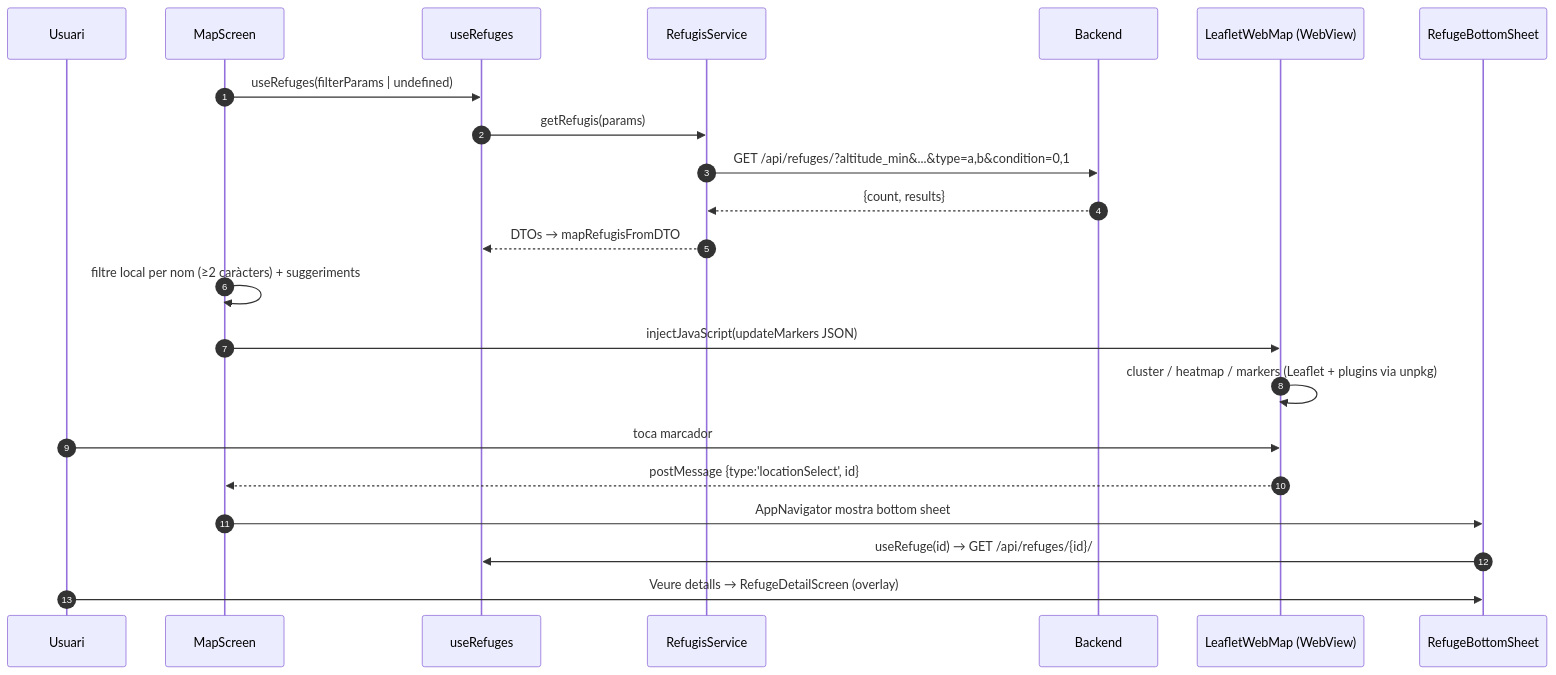
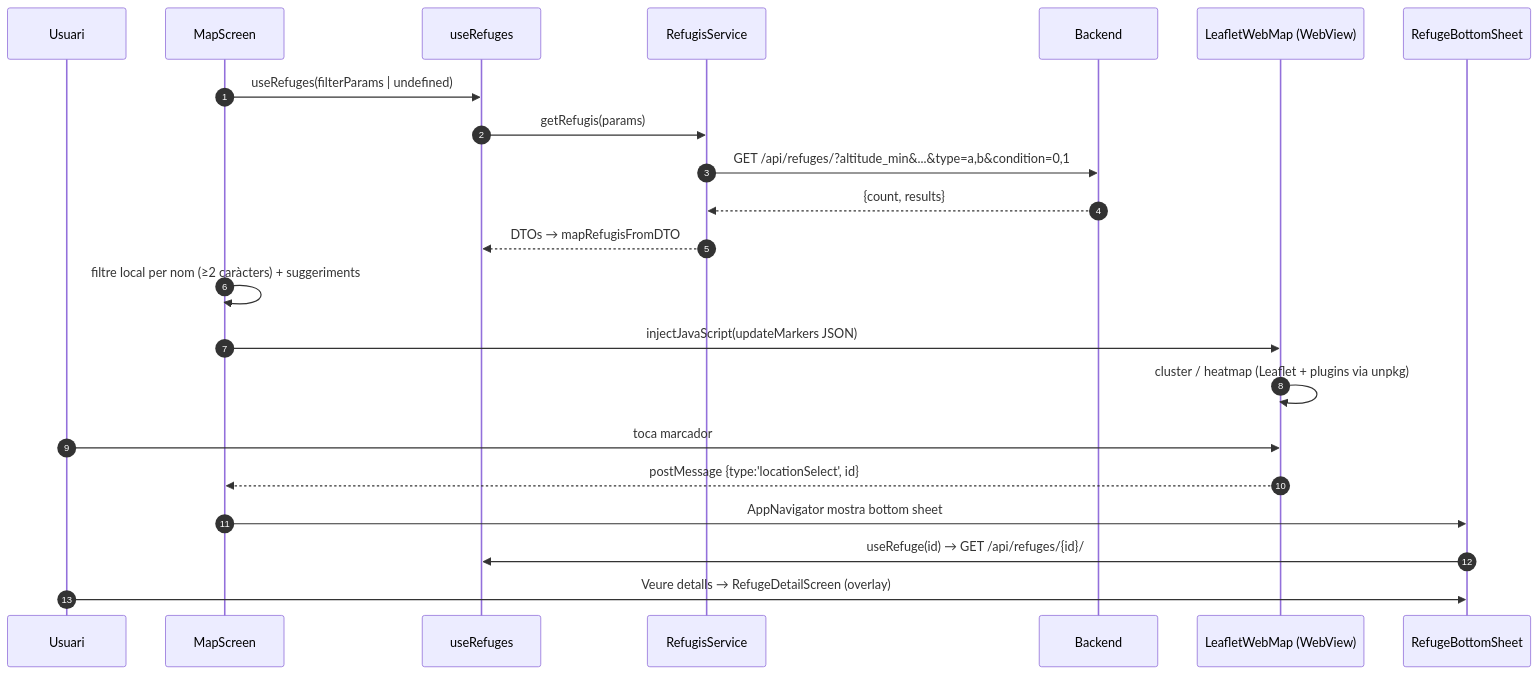
The first of 2 diagrams in docs/flows/07-map-search-filters.md (jordirev/RefugisLliures_Frontend), drawn with Mermaid before and after one commit. The commit also changed other lines of this file and 10 other files, not shown here.

````diff
--- a/docs/flows/07-map-search-filters.md
+++ b/docs/flows/07-map-search-filters.md
@@ -19,25 +19,25 @@
 ```mermaid
 sequenceDiagram
     autonumber
     participant U as Usuari
     participant MS as MapScreen
     participant H as useRefuges
     participant S as RefugisService
     participant BE as Backend
     participant W as LeafletWebMap (WebView)
     participant BS as RefugeBottomSheet
 
     MS->>H: useRefuges(filterParams | undefined)
     H->>S: getRefugis(params)
     S->>BE: GET /api/refuges/?altitude_min&...&type=a,b&condition=0,1
     BE-->>S: {count, results}
     S-->>H: DTOs → mapRefugisFromDTO
     MS->>MS: filtre local per nom (≥2 caràcters) + suggeriments
     MS->>W: injectJavaScript(updateMarkers JSON)
-    W->>W: cluster / heatmap / markers (Leaflet + plugins via unpkg)
+    W->>W: cluster / heatmap (Leaflet + plugins via unpkg)
     U->>W: toca marcador
     W-->>MS: postMessage {type:'locationSelect', id}
     MS->>BS: AppNavigator mostra bottom sheet
     BS->>H: useRefuge(id) → GET /api/refuges/{id}/
     U->>BS: Veure detalls → RefugeDetailScreen (overlay)
 ```
````
